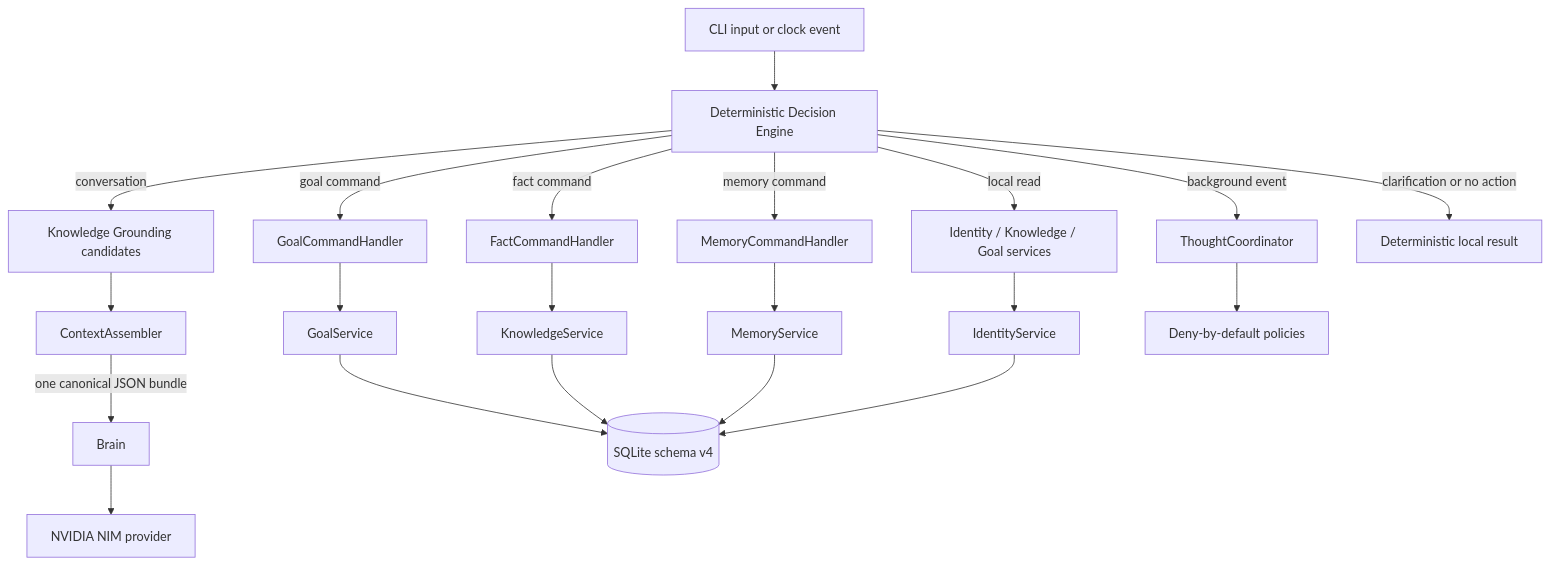
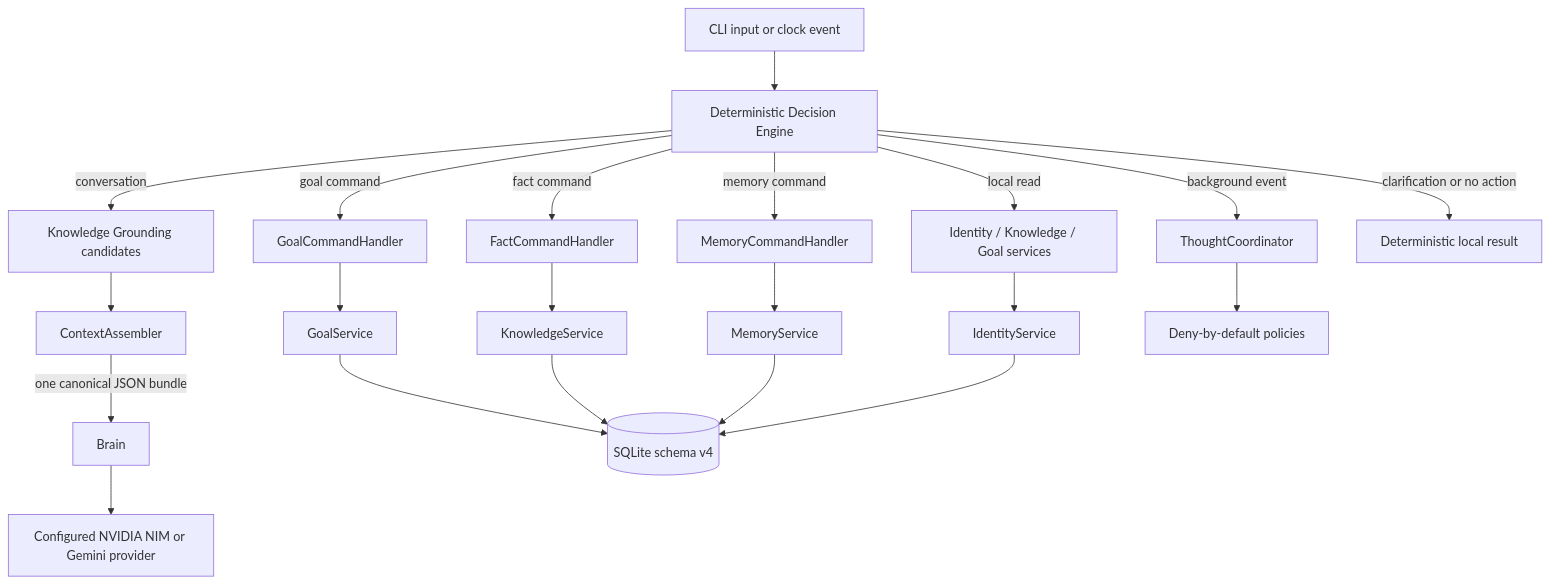
One commit to justomarss/Nel changed the diagram in Readme.md. Above: the diagram before and after it, drawn with Mermaid. The commit also changed other lines of this file and 11 other files, not shown here.

Commit message:
feat: add Gemini provider support

````diff
--- a/Readme.md
+++ b/Readme.md
@@ -36,26 +36,26 @@
 ```mermaid
 flowchart TD
     I["CLI input or clock event"] --> D["Deterministic Decision Engine"]
     D -->|goal command| GC["GoalCommandHandler"]
     D -->|fact command| FC["FactCommandHandler"]
     D -->|memory command| MC["MemoryCommandHandler"]
     D -->|local read| LR["Identity / Knowledge / Goal services"]
     D -->|conversation| KG["Knowledge Grounding candidates"]
     D -->|background event| TC["ThoughtCoordinator"]
     D -->|clarification or no action| L["Deterministic local result"]
 
     KG --> CA["ContextAssembler"]
     CA -->|one canonical JSON bundle| B["Brain"]
-    B --> P["NVIDIA NIM provider"]
+    B --> P["Configured NVIDIA NIM or Gemini provider"]
 
     GC --> GS["GoalService"]
     FC --> KS["KnowledgeService"]
     MC --> MS["MemoryService"]
     LR --> IS["IdentityService"]
 
     GS --> DB[("SQLite schema v4")]
     KS --> DB
     MS --> DB
     IS --> DB
     TC --> POL["Deny-by-default policies"]
 ```
````
